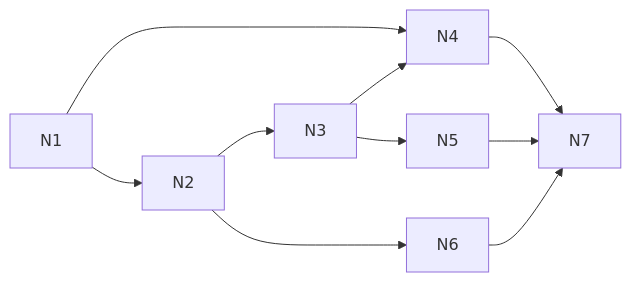
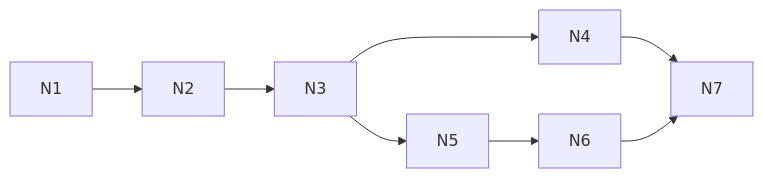
Before and after one commit to szymonbalasz/pocket-plane: the diagram in docs/specs/linked-notes-build.md, drawn with Mermaid. The commit also changed other lines of this file and 3 other files, not shown here.

````diff
--- a/docs/specs/linked-notes-build.md
+++ b/docs/specs/linked-notes-build.md
@@ -90,12 +90,8 @@
 ```mermaid
 graph LR
-  N1 --> N2
-  N1 --> N4
-  N2 --> N3
+  N1 --> N2 --> N3
   N3 --> N4
-  N3 --> N5
-  N2 --> N6
+  N3 --> N5 --> N6
   N4 --> N7
-  N5 --> N7
   N6 --> N7
 ```
````
